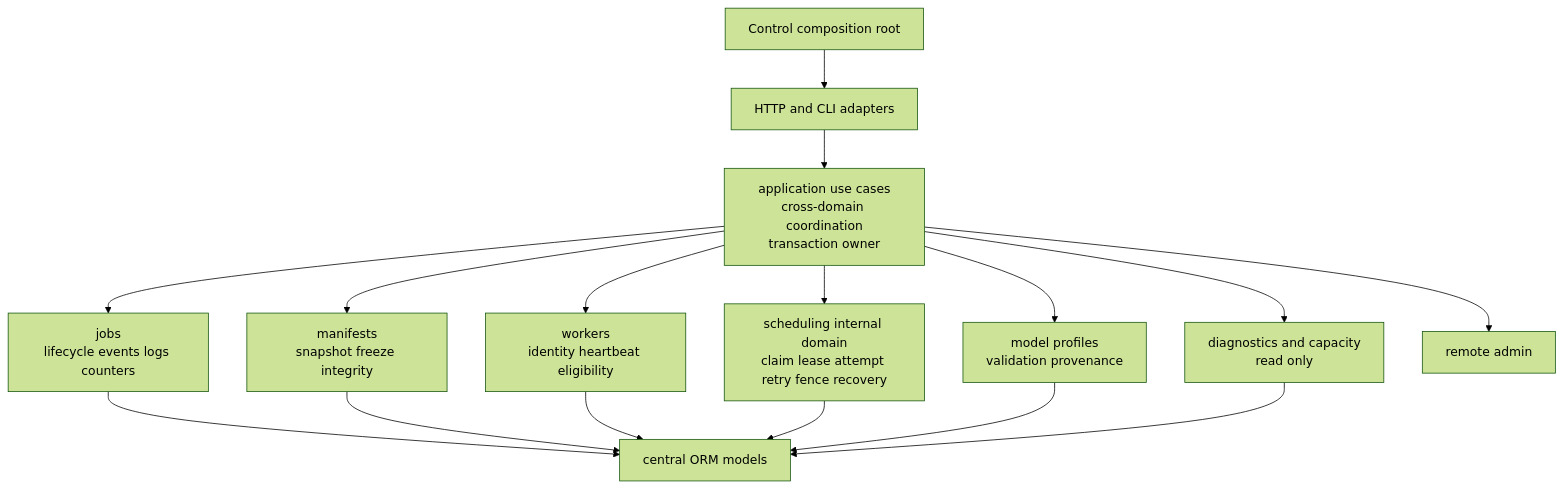
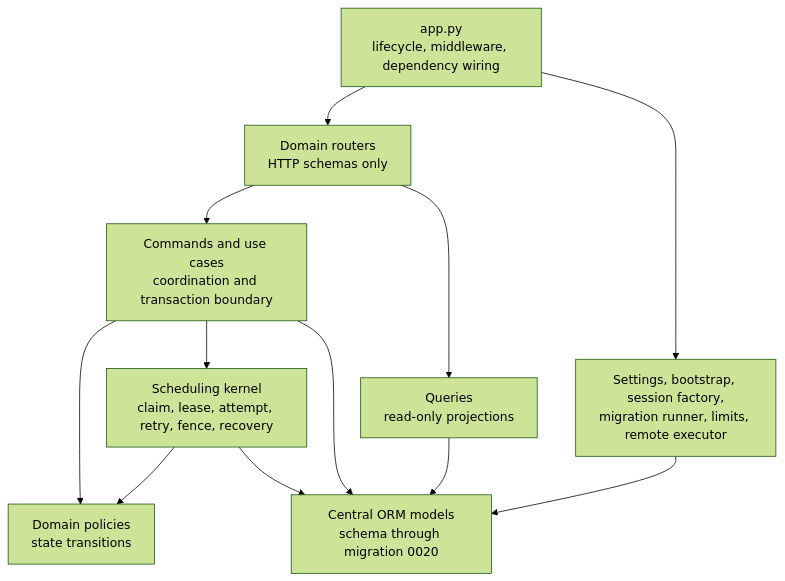
Before and after one commit to albaNnaksqr/OcrParser: the diagram in docs/control-module-map.md, drawn with Mermaid (forest theme). The commit also changed other lines of this file and 12 other files, not shown here.

````diff
--- a/docs/control-module-map.md
+++ b/docs/control-module-map.md
@@ -110,30 +10,23 @@
 ```mermaid
 flowchart TD
-    app["Control composition root"]
-    adapters["HTTP and CLI adapters"]
-    usecases["application use cases<br/>cross-domain coordination<br/>transaction owner"]
-    jobs["jobs<br/>lifecycle events logs counters"]
-    manifests["manifests<br/>snapshot freeze integrity"]
-    workers["workers<br/>identity heartbeat eligibility"]
-    scheduling["scheduling internal domain<br/>claim lease attempt retry fence recovery"]
-    profiles["model profiles<br/>validation provenance"]
-    diagnostics["diagnostics and capacity<br/>read only"]
-    remote["remote admin"]
-    models["central ORM models"]
+    app["app.py<br/>lifecycle, middleware, dependency wiring"]
+    routers["Domain routers<br/>HTTP schemas only"]
+    application["Commands and use cases<br/>coordination and transaction boundary"]
+    queries["Queries<br/>read-only projections"]
+    policies["Domain policies<br/>state transitions"]
+    scheduling["Scheduling kernel<br/>claim, lease, attempt, retry, fence, recovery"]
+    models["Central ORM models<br/>schema through migration 0020"]
+    infra["Settings, bootstrap, session factory,<br/>migration runner, limits, remote executor"]
 
-    app --> adapters
-    adapters --> usecases
-    usecases --> jobs
-    usecases --> manifests
-    usecases --> workers
-    usecases --> scheduling
-    usecases --> profiles
-    usecases --> diagnostics
-    usecases --> remote
-    jobs --> models
-    manifests --> models
-    workers --> models
+    app --> routers
+    app --> infra
+    routers --> application
+    routers --> queries
+    application --> policies
+    application --> scheduling
+    application --> models
+    queries --> models
+    scheduling --> policies
     scheduling --> models
-    profiles --> models
-    diagnostics --> models
+    infra --> models
 ```
````
